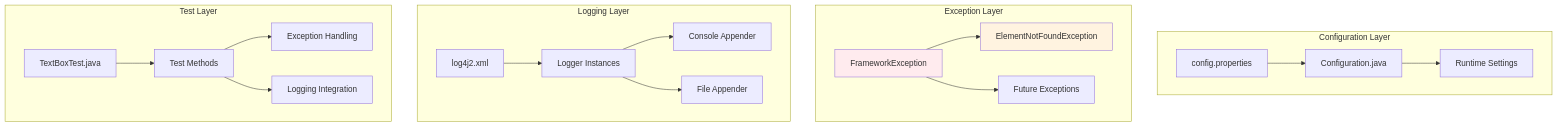
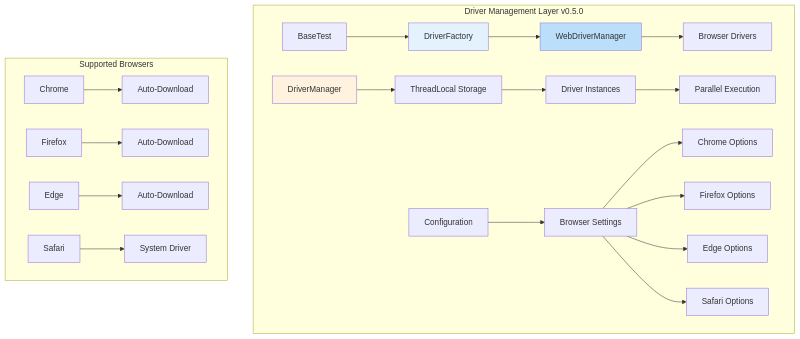
Before and after one commit to Anuj-Patiyal/hybrid-framework: the sixth of 11 diagrams in README.md, drawn with Mermaid. The commit also changed other lines of this file and 11 other files, not shown here.

First line of the commit message:
🎯 [RELEASE] Advanced Driver Management (#28)

````diff
--- a/README.md
+++ b/README.md
@@ -190,27 +218,29 @@
 ```mermaid
 graph TB
-    subgraph "Configuration Layer"
-        A[config.properties] --> B[Configuration.java]
-        B --> C[Runtime Settings]
+    subgraph "Driver Management Layer v0.5.0"
+        A[BaseTest] --> B[DriverFactory]
+        B --> C[WebDriverManager]
+        C --> D[Browser Drivers]
+
+        E[DriverManager] --> F[ThreadLocal Storage]
+        F --> G[Driver Instances]
+        G --> H[Parallel Execution]
+
+        I[Configuration] --> J[Browser Settings]
+        J --> K[Chrome Options]
+        J --> L[Firefox Options]
+        J --> M[Edge Options]
+        J --> N[Safari Options]
     end
-    
-    subgraph "Exception Layer"
-        D[FrameworkException] --> E[ElementNotFoundException]
-        D --> F[Future Exceptions]
+
+    subgraph "Supported Browsers"
+        O[Chrome] --> P[Auto-Download]
+        Q[Firefox] --> R[Auto-Download]
+        S[Edge] --> T[Auto-Download]
+        U[Safari] --> V[System Driver]
     end
-    
-    subgraph "Logging Layer"
-        G[log4j2.xml] --> H[Logger Instances]
-        H --> I[Console Appender]
-        H --> J[File Appender]
-    end
-    
-    subgraph "Test Layer"
-        K[TextBoxTest.java] --> L[Test Methods]
-        L --> M[Exception Handling]
-        L --> N[Logging Integration]
-    end
-    
-    style D fill:#ffebee
+
+    style B fill:#e3f2fd
     style E fill:#fff3e0
+    style C fill:#bbdefb
 ```
````
